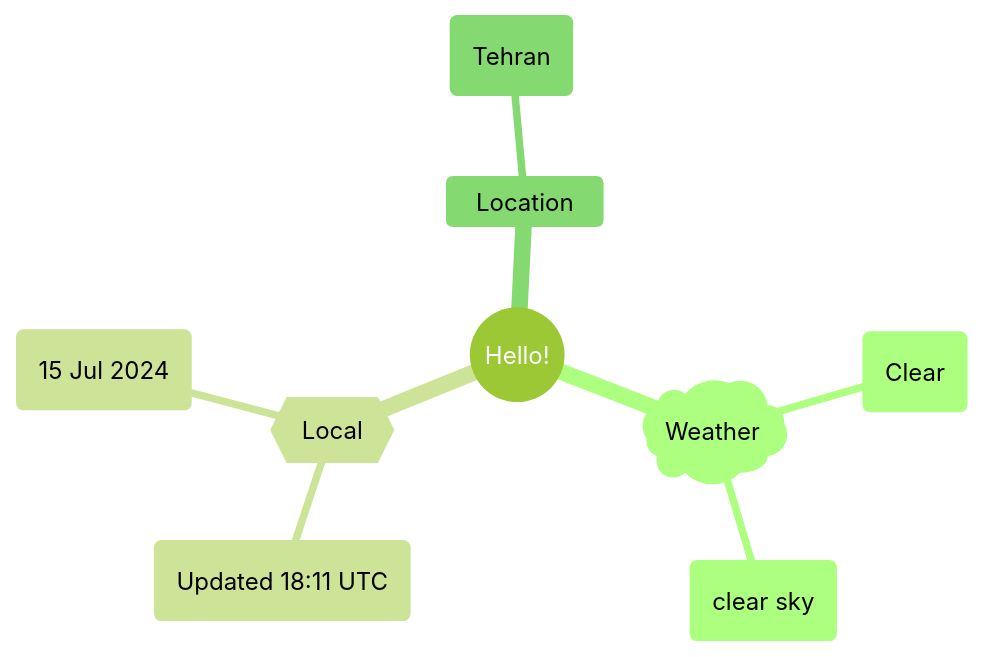
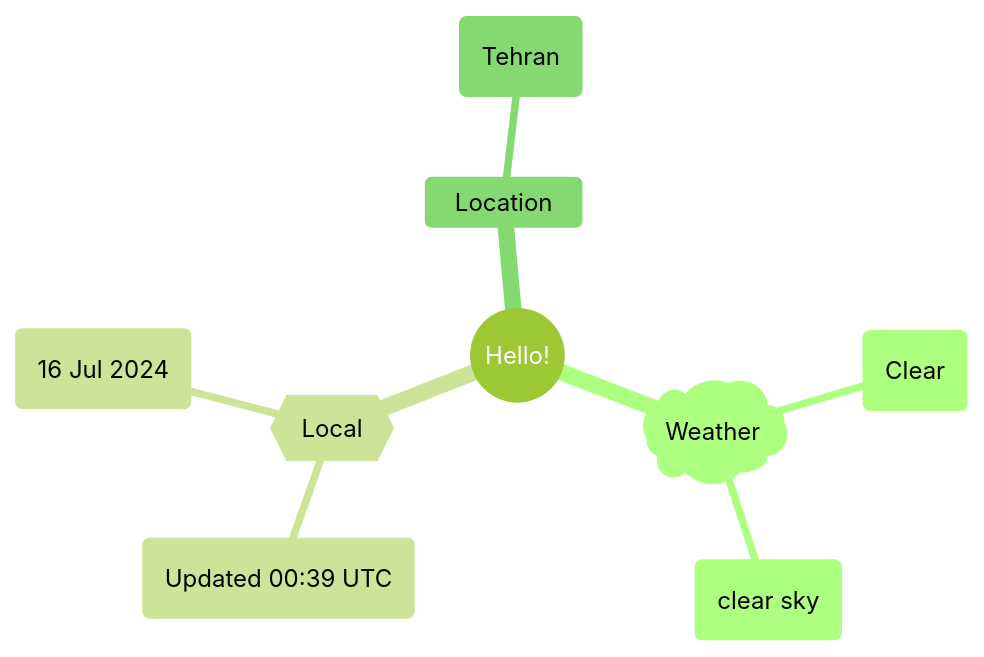
One commit to Xosrov/Xosrov changed the first of 2 diagrams in README.md. Above: the diagram before and after it, drawn with Mermaid (forest theme).

Commit message:
[bot] updated images

````diff
--- a/README.md
+++ b/README.md
@@ -3,12 +3,12 @@
 ```mermaid
 mindmap
   root((Hello!))
     )Weather(
         (Clear)
         (clear sky)
     {{Local}}
-        (Updated 18:11 UTC)
-        (15 Jul 2024)
+        (Updated 00:39 UTC)
+        (16 Jul 2024)
     Location
         (Tehran)
 ```
````
